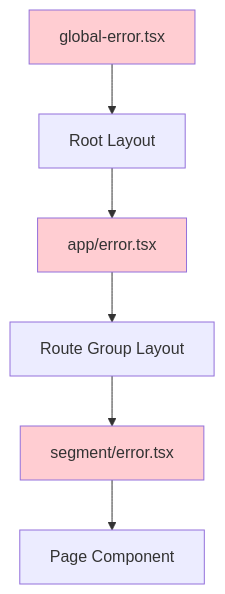
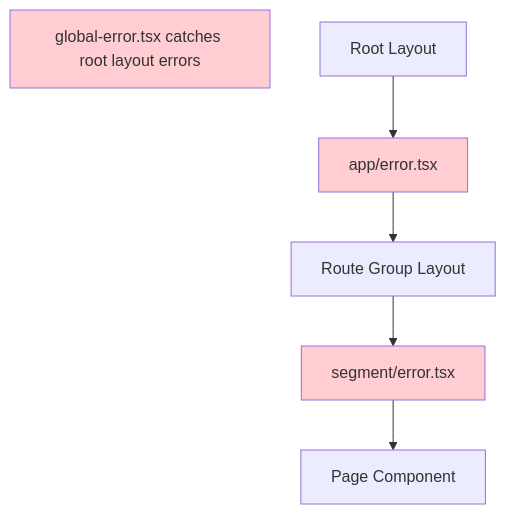
Before and after one commit to OneUptime/blog: the fourth of 4 diagrams in posts/2026-01-24-fix-nextjs-layout-rendering-issues/README.md, drawn with Mermaid. The commit also changed other lines of this file and 4262 other files, not shown here.

````diff
--- a/posts/2026-01-24-fix-nextjs-layout-rendering-issues/README.md
+++ b/posts/2026-01-24-fix-nextjs-layout-rendering-issues/README.md
@@ -683,12 +711,12 @@
 ```mermaid
 flowchart TD
-    A[global-error.tsx] --> B[Root Layout]
-    B --> C[app/error.tsx]
+    A[global-error.tsx catches root layout errors]
+    B[Root Layout] --> C[app/error.tsx]
     C --> D[Route Group Layout]
     D --> E[segment/error.tsx]
     E --> F[Page Component]
 
     style A fill:#ffcdd2
     style C fill:#ffcdd2
     style E fill:#ffcdd2
 ```
````
